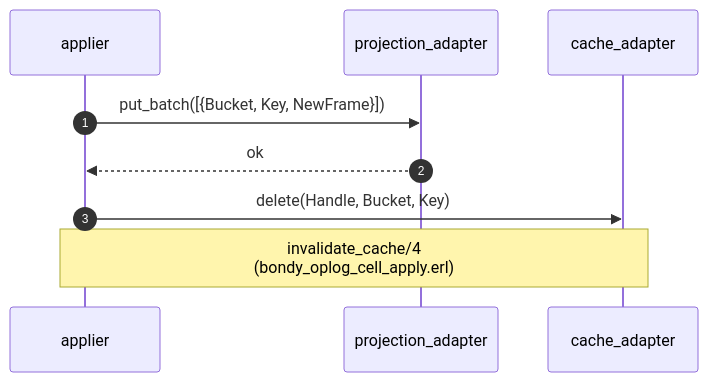
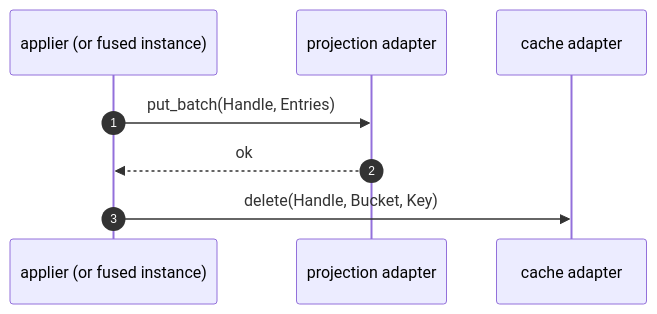
One commit to bondy-io/bondy changed the fourth of 7 diagrams in apps/bondy_db/doc_extras/architecture/03_bondy_db.md. Above: the diagram before and after it, drawn with Mermaid. The commit also changed other lines of this file and 449 other files, not shown here.

````diff
--- a/apps/bondy_db/doc_extras/architecture/03_bondy_db.md
+++ b/apps/bondy_db/doc_extras/architecture/03_bondy_db.md
@@ -172,12 +116,11 @@
 ```mermaid
 sequenceDiagram
     autonumber
-    participant App as applier
-    participant Adapter as projection_adapter
-    participant Cache as cache_adapter
+    participant W as applier (or fused instance)
+    participant Adapter as projection adapter
+    participant Cache as cache adapter
 
-    App->>Adapter: put_batch([{Bucket, Key, NewFrame}])
-    Adapter-->>App: ok
-    App->>Cache: delete(Handle, Bucket, Key)
-    Note over App,Cache: invalidate_cache/4<br/>(bondy_oplog_cell_apply.erl)
+    W->>Adapter: put_batch(Handle, Entries)
+    Adapter-->>W: ok
+    W->>Cache: delete(Handle, Bucket, Key)
 ```
````
